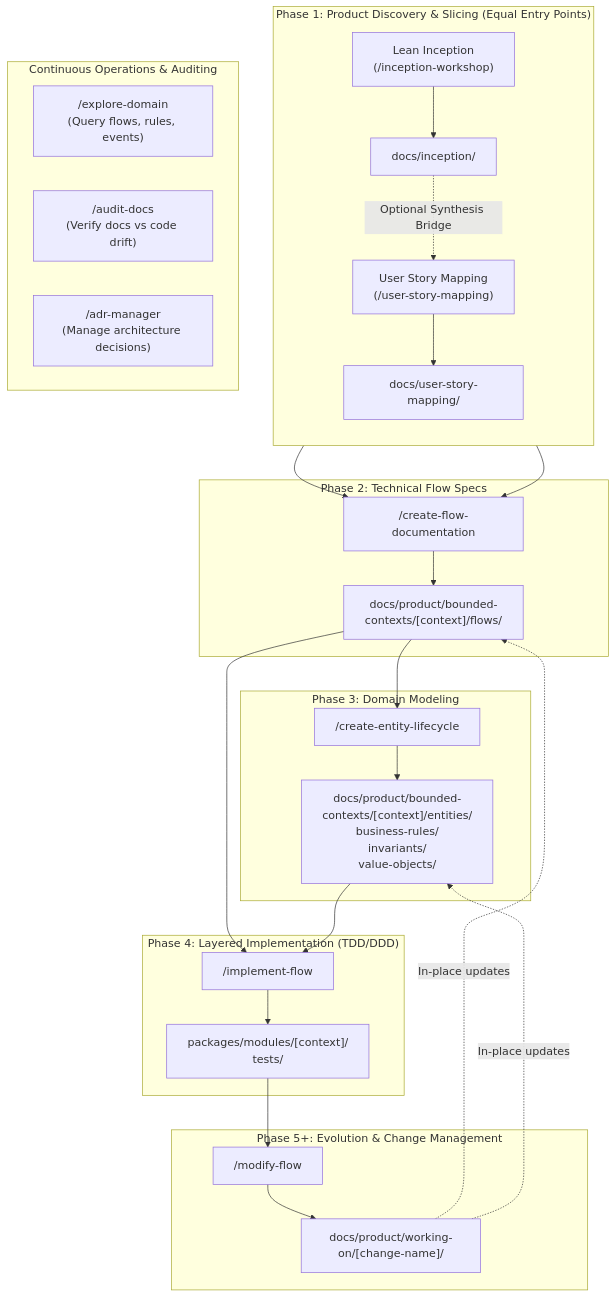
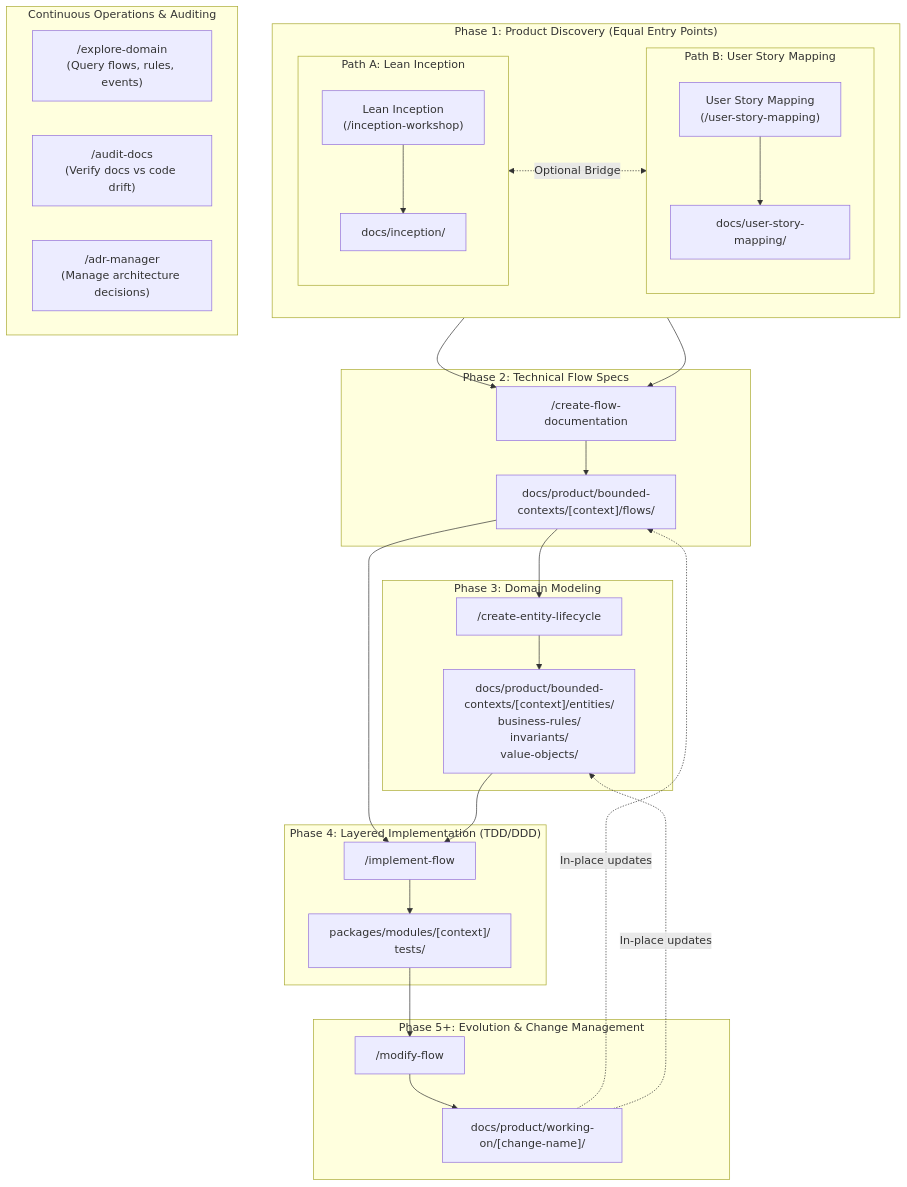
One commit to faparicior/SessioFlow changed the diagram in docs/SDLC-WORKFLOW-DIRECTORY.md. Above: the diagram before and after it, drawn with Mermaid. The commit also changed 2 other files, not shown here.

Commit message:
docs: update Phase 1 discovery workflow diagrams and user-story-mapping skill documentation

````diff
--- a/docs/SDLC-WORKFLOW-DIRECTORY.md
+++ b/docs/SDLC-WORKFLOW-DIRECTORY.md
@@ -11,36 +11,46 @@
 ```mermaid
 flowchart TD
-    subgraph Discovery ["Phase 1: Product Discovery & Slicing (Equal Entry Points)"]
-        direction TB
-        P1["Lean Inception\n(/inception-workshop)"] --> D1["docs/inception/"]
-        P1b["User Story Mapping\n(/user-story-mapping)"] --> D1b["docs/user-story-mapping/"]
-        D1 -. Optional Synthesis Bridge .-> P1b
+    subgraph Discovery ["Phase 1: Product Discovery (Equal Entry Points)"]
+        direction LR
+
+        subgraph PathA ["Path A: Lean Inception"]
+            direction TB
+            P1["Lean Inception\n(/inception-workshop)"] --> D1["docs/inception/"]
+        end
+
+        subgraph PathB ["Path B: User Story Mapping"]
+            direction TB
+            P1b["User Story Mapping\n(/user-story-mapping)"] --> D1b["docs/user-story-mapping/"]
+        end
+
+        D1 <-.->|"Optional Bridge"| D1b
     end
 
     subgraph Specs ["Phase 2: Technical Flow Specs"]
-        D1 & D1b --> P2["/create-flow-documentation"]
+        D1 --> P2["/create-flow-documentation"]
+        D1b --> P2
         P2 --> D2["docs/product/bounded-contexts/[context]/flows/"]
     end
 
     subgraph DomainModel ["Phase 3: Domain Modeling"]
         D2 --> P3["/create-entity-lifecycle"]
         P3 --> D3["docs/product/bounded-contexts/[context]/entities/\nbusiness-rules/\ninvariants/\nvalue-objects/"]
     end
 
     subgraph Implementation ["Phase 4: Layered Implementation (TDD/DDD)"]
         D2 & D3 --> P4["/implement-flow"]
         P4 --> D4["packages/modules/[context]/\ntests/"]
     end
 
     subgraph Evolution ["Phase 5+: Evolution & Change Management"]
         D4 --> P5["/modify-flow"]
         P5 --> D5["docs/product/working-on/[change-name]/"]
         D5 -. In-place updates .-> D2 & D3
     end
 
     subgraph Operations ["Continuous Operations & Auditing"]
         O1["/explore-domain\n(Query flows, rules, events)"]
         O2["/audit-docs\n(Verify docs vs code drift)"]
         O3["/adr-manager\n(Manage architecture decisions)"]
     end
 ```
````
